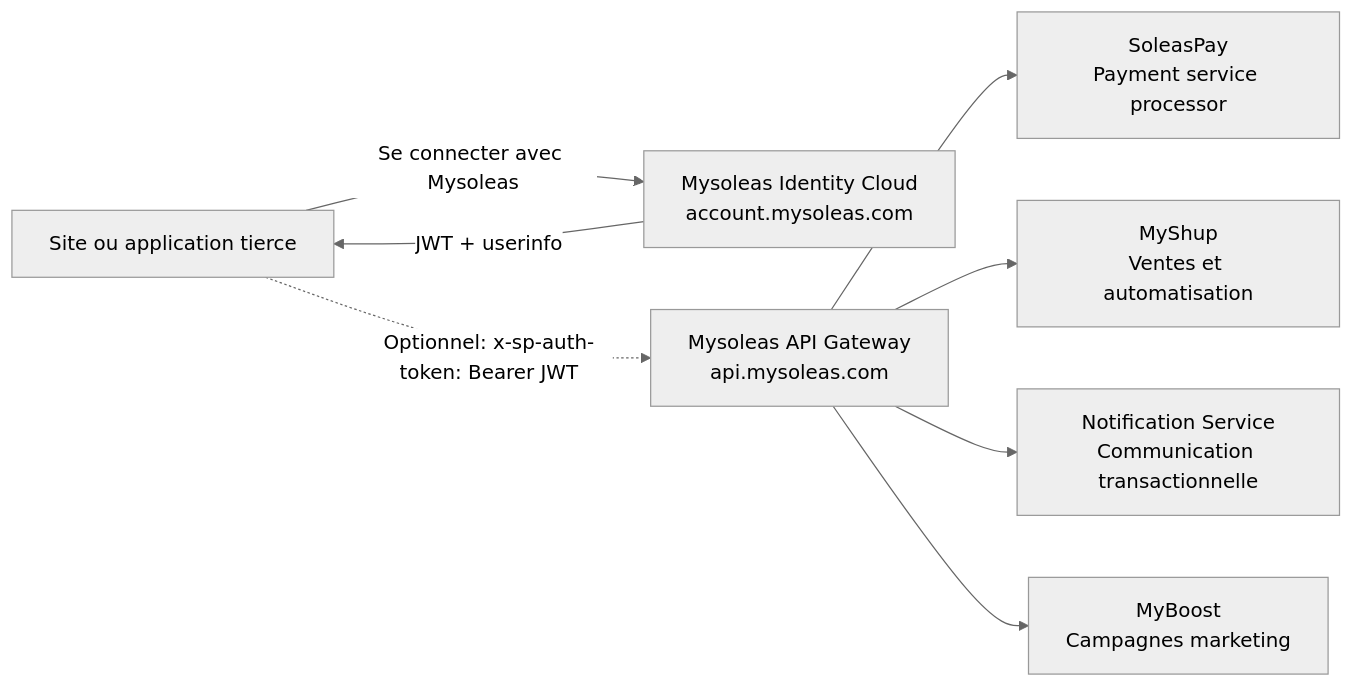
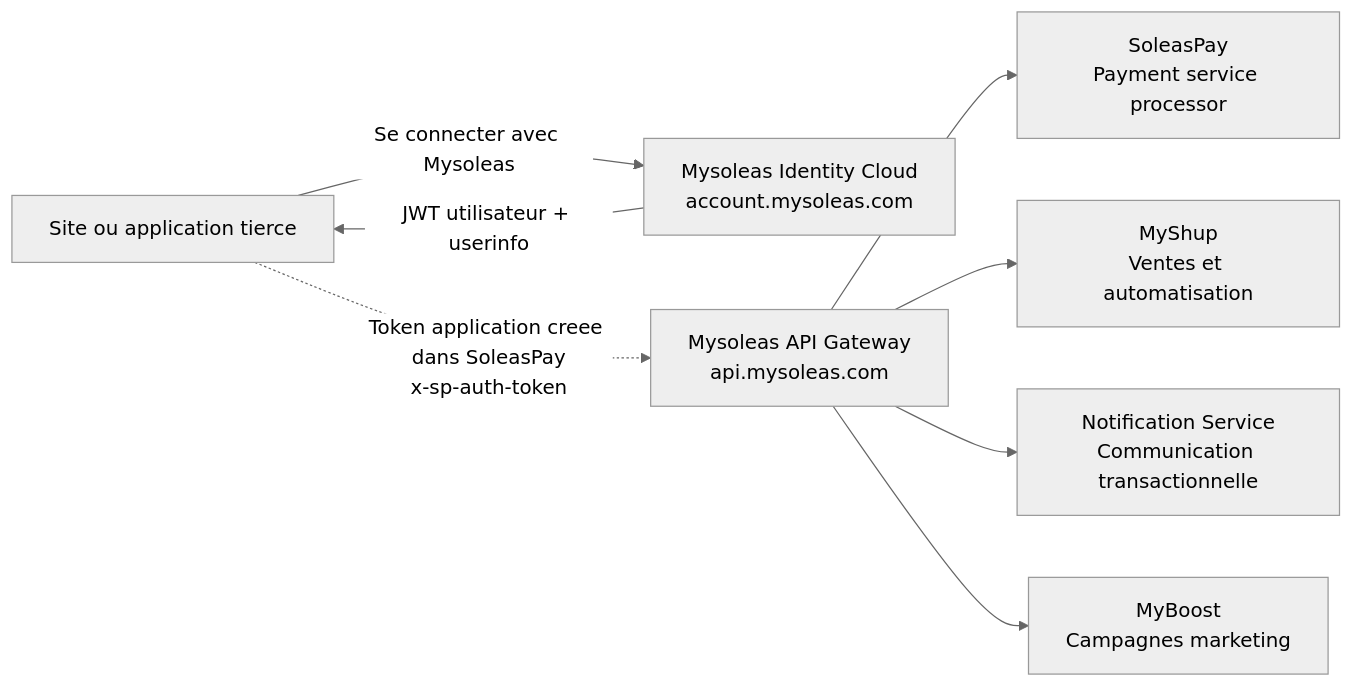
The diagram in api-docs/ecosysteme.mdx (MYSOLEAS/documentation), drawn with Mermaid (neutral theme) before and after one commit. The commit also changed other lines of this file and 21 other files, not shown here.

````diff
--- a/api-docs/ecosysteme.mdx
+++ b/api-docs/ecosysteme.mdx
@@ -15,18 +15,18 @@
 ```mermaid
 flowchart LR
   App["Site ou application tierce"]
   Identity["Mysoleas Identity Cloud<br/>account.mysoleas.com"]
   Gateway["Mysoleas API Gateway<br/>api.mysoleas.com"]
   Pay["SoleasPay<br/>Payment service processor"]
   Shup["MyShup<br/>Ventes et automatisation"]
   Notify["Notification Service<br/>Communication transactionnelle"]
   Boost["MyBoost<br/>Campagnes marketing"]
 
   App -->|"Se connecter avec Mysoleas"| Identity
-  Identity -->|"JWT + userinfo"| App
-  App -.->|"Optionnel: x-sp-auth-token: Bearer JWT"| Gateway
+  Identity -->|"JWT utilisateur + userinfo"| App
+  App -.->|"Token application creee dans SoleasPay<br/>x-sp-auth-token"| Gateway
   Gateway --> Pay
   Gateway --> Shup
   Gateway --> Notify
   Gateway --> Boost
 ```
````
